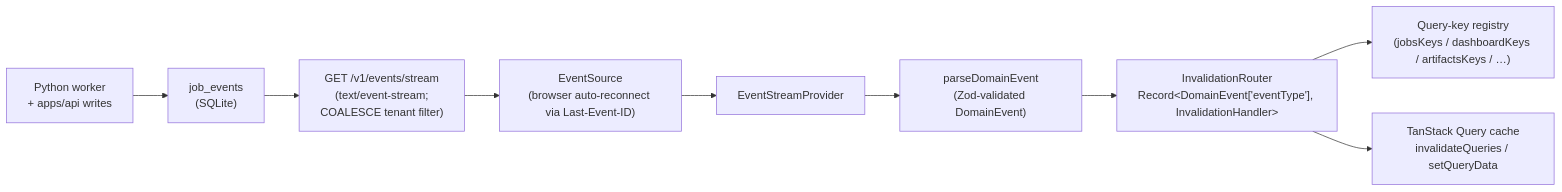
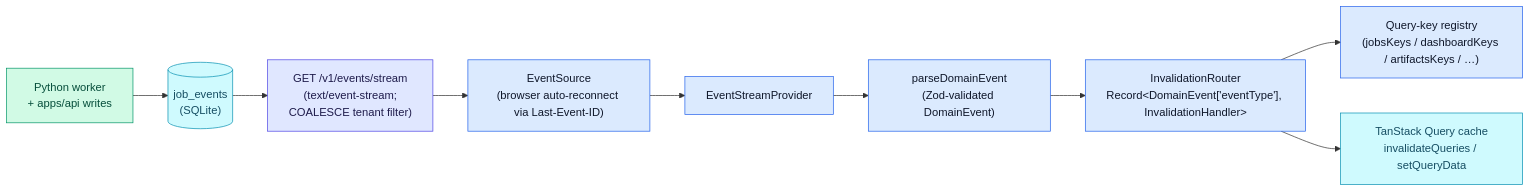
One commit to ebarti/JobCtrl changed the second of 2 diagrams in docs/architecture/runtime.md. Above: the diagram before and after it, drawn with Mermaid. The commit also changed other lines of this file and 57 other files, not shown here.

````diff
--- a/docs/architecture/runtime.md
+++ b/docs/architecture/runtime.md
@@ -137,21 +155,30 @@
 ```mermaid
 flowchart LR
   Worker["Python worker<br/>+ apps/api writes"]
-  Events["job_events<br/>(SQLite)"]
+  Events[("job_events<br/>(SQLite)")]
   Endpoint["GET /v1/events/stream<br/>(text/event-stream;<br/>COALESCE tenant filter)"]
   ES["EventSource<br/>(browser auto-reconnect via Last-Event-ID)"]
   Provider["EventStreamProvider"]
   Parser["parseDomainEvent<br/>(Zod-validated DomainEvent)"]
   Router["InvalidationRouter<br/>Record&lt;DomainEvent['eventType'], InvalidationHandler&gt;"]
   Keys["Query-key registry<br/>(jobsKeys / dashboardKeys / artifactsKeys / …)"]
   Cache["TanStack Query cache<br/>invalidateQueries / setQueryData"]
 
   Worker --> Events
   Events --> Endpoint
   Endpoint --> ES
   ES --> Provider
   Provider --> Parser
   Parser --> Router
   Router --> Keys
   Router --> Cache
+
+  classDef ui fill:#dbeafe,stroke:#2563eb,color:#0f172a
+  classDef ts fill:#e0e7ff,stroke:#4f46e5,color:#1e1b4b
+  classDef py fill:#d1fae5,stroke:#059669,color:#064e3b
+  classDef store fill:#cffafe,stroke:#0891b2,color:#164e63
+  class Worker py
+  class Endpoint ts
+  class ES,Provider,Parser,Router,Keys ui
+  class Events,Cache store
 ```
````
